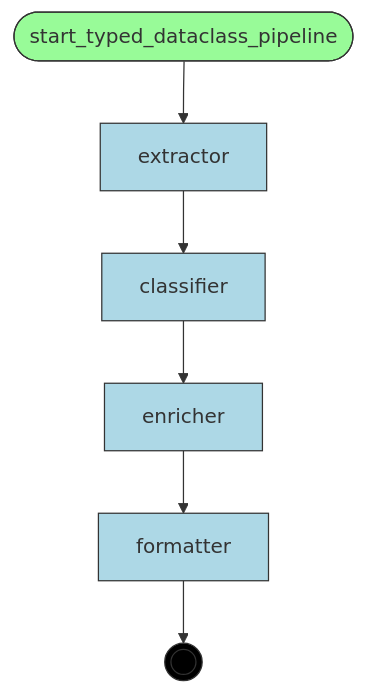
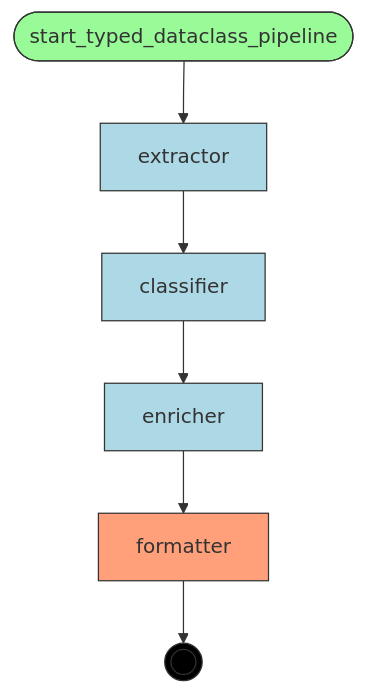
The diagram in examples/flows/compiled/typed_dataclass_pipeline/flow.mmd (deliveryhero/asya), drawn with Mermaid before and after one commit. The commit also changed 364 other files, not shown here.

First line of the commit message:
feat(compiler): Phase 2 — 5-step pipeline with manifest generation and FlowInfo (#339)

```diff
--- a/examples/flows/compiled/typed_dataclass_pipeline/flow.mmd
+++ b/examples/flows/compiled/typed_dataclass_pipeline/flow.mmd
@@ -1,23 +1,25 @@
 flowchart TD
     %% Flow: typed_dataclass_pipeline
 
     classifier[classifier]
     enricher[enricher]
     extractor[extractor]
     formatter[formatter]
     start_typed_dataclass_pipeline([start_typed_dataclass_pipeline])
     __end__((( )))
 
     start_typed_dataclass_pipeline --> extractor
     extractor --> classifier
     classifier --> enricher
     enricher --> formatter
     formatter --> __end__
 
-    classDef entrypoint fill:#98FB98,stroke:#333
+    classDef start fill:#98FB98,stroke:#333
+    classDef endnode fill:#FFA07A,stroke:#333
     classDef router fill:#F5DEB3,stroke:#333
     classDef handler fill:#ADD8E6,stroke:#333
     classDef endpoint fill:#000,stroke:#333,color:#fff
-    class start_typed_dataclass_pipeline entrypoint
-    class classifier,enricher,extractor,formatter handler
+    class start_typed_dataclass_pipeline start
+    class formatter endnode
+    class classifier,enricher,extractor handler
     class __end__ endpoint
```
